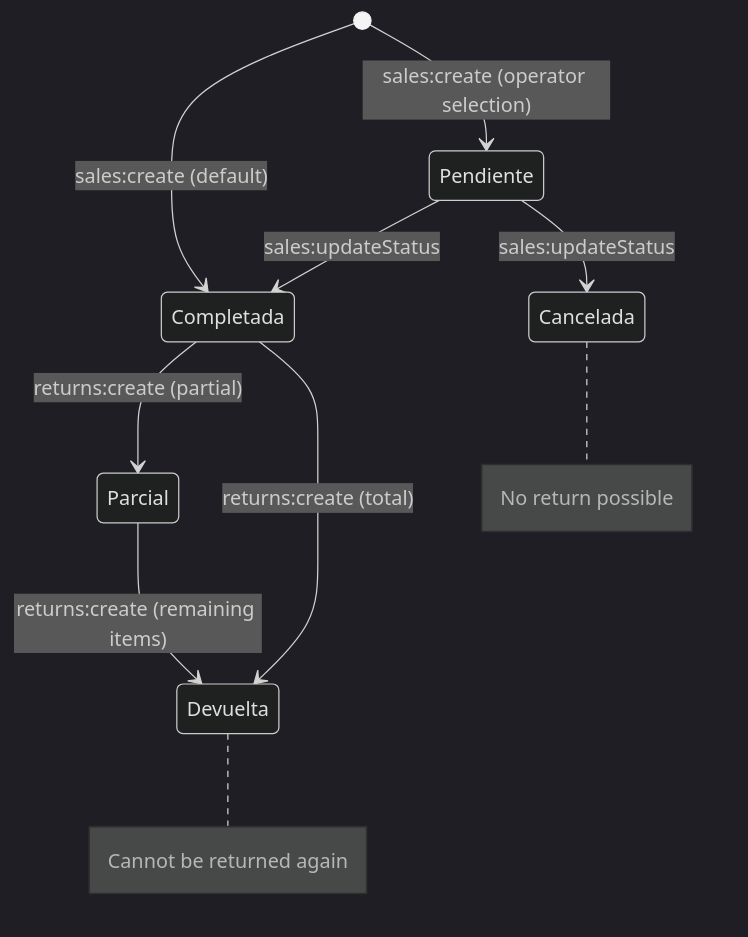
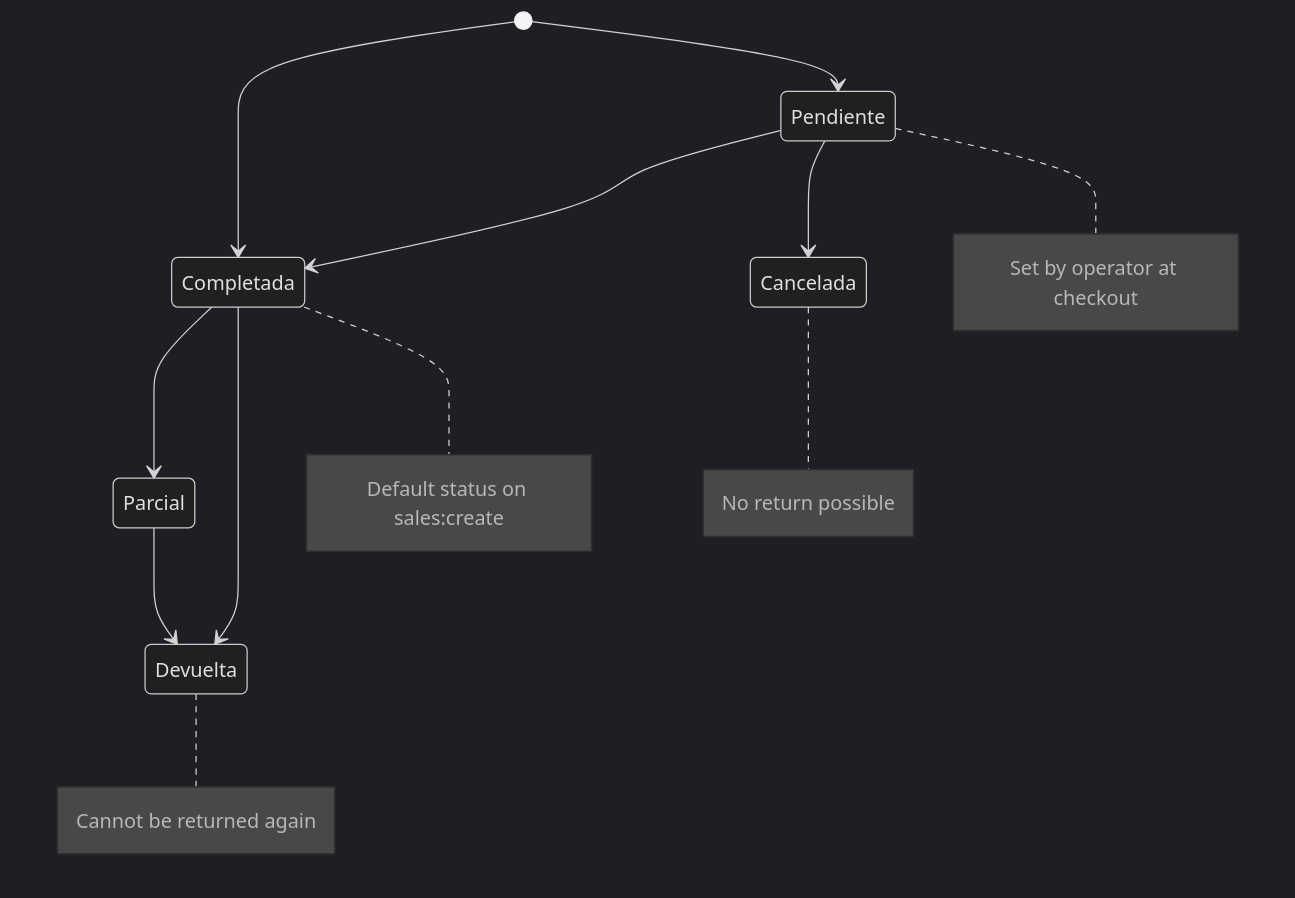
The second of 2 diagrams in docs/diagrams/FLOW-RETURN.md (seqencia/InventoryProyectHome), drawn with Mermaid (dark theme) before and after one commit. The commit also changed other lines of this file and 6 other files, not shown here.

First line of the commit message:
fix: correct Mermaid syntax errors in all diagrams

````diff
--- a/docs/diagrams/FLOW-RETURN.md
+++ b/docs/diagrams/FLOW-RETURN.md
@@ -53,15 +53,26 @@
 ```mermaid
 stateDiagram-v2
-    [*] --> Completada : sales:create (default)
-    [*] --> Pendiente : sales:create (operator selection)
+    [*] --> Completada
+    [*] --> Pendiente
+    Completada --> Parcial
+    Completada --> Devuelta
+    Parcial --> Devuelta
+    Pendiente --> Completada
+    Pendiente --> Cancelada
 
-    Completada --> Parcial : returns:create (partial)
-    Completada --> Devuelta : returns:create (total)
-    Parcial --> Devuelta : returns:create (remaining items)
+    note right of Completada
+        Default status on sales:create
+    end note
 
-    Pendiente --> Completada : sales:updateStatus
-    Pendiente --> Cancelada : sales:updateStatus
+    note right of Pendiente
+        Set by operator at checkout
+    end note
 
-    note right of Devuelta : Cannot be returned again
-    note right of Cancelada : No return possible
+    note right of Devuelta
+        Cannot be returned again
+    end note
+
+    note right of Cancelada
+        No return possible
+    end note
 ```
````
